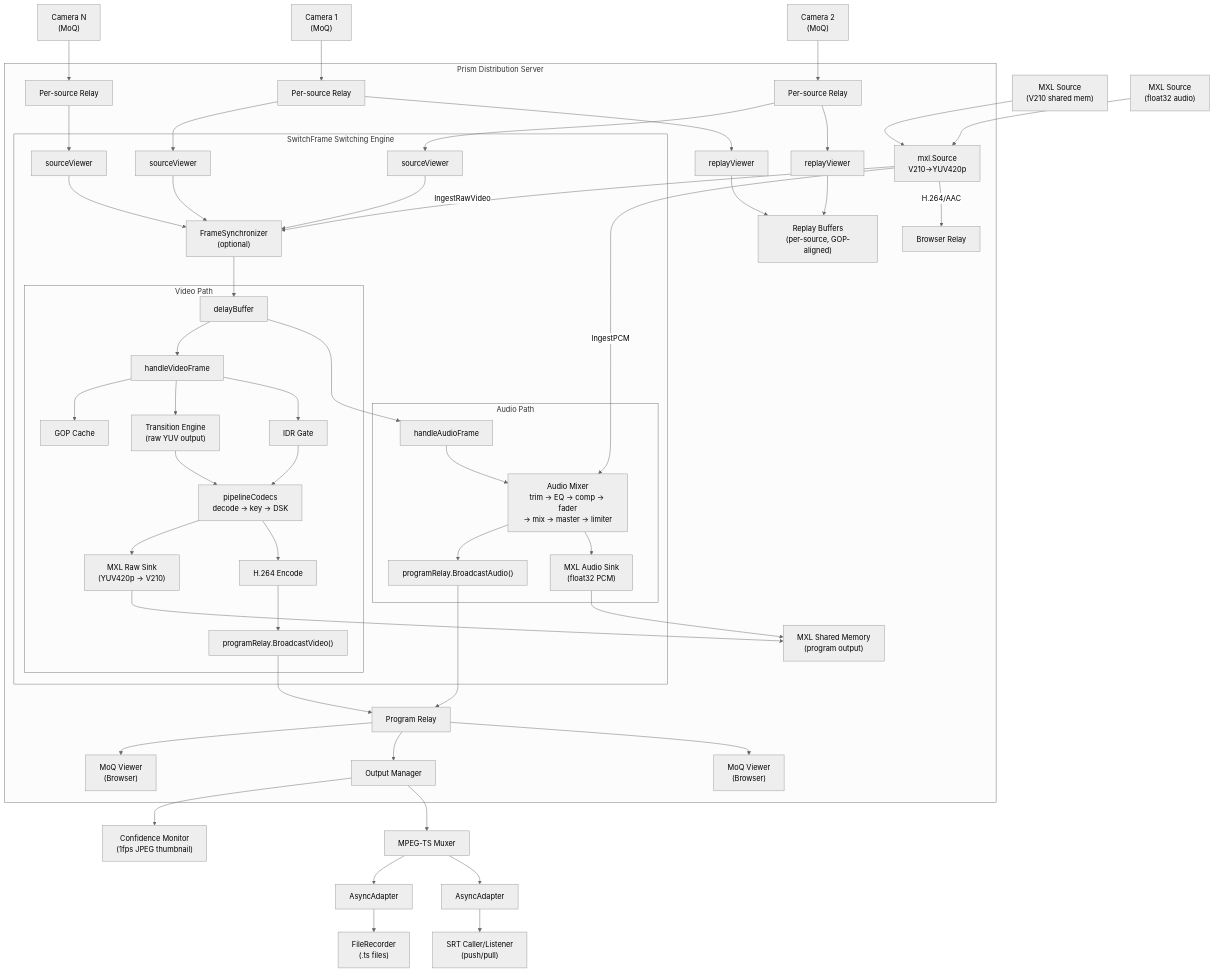
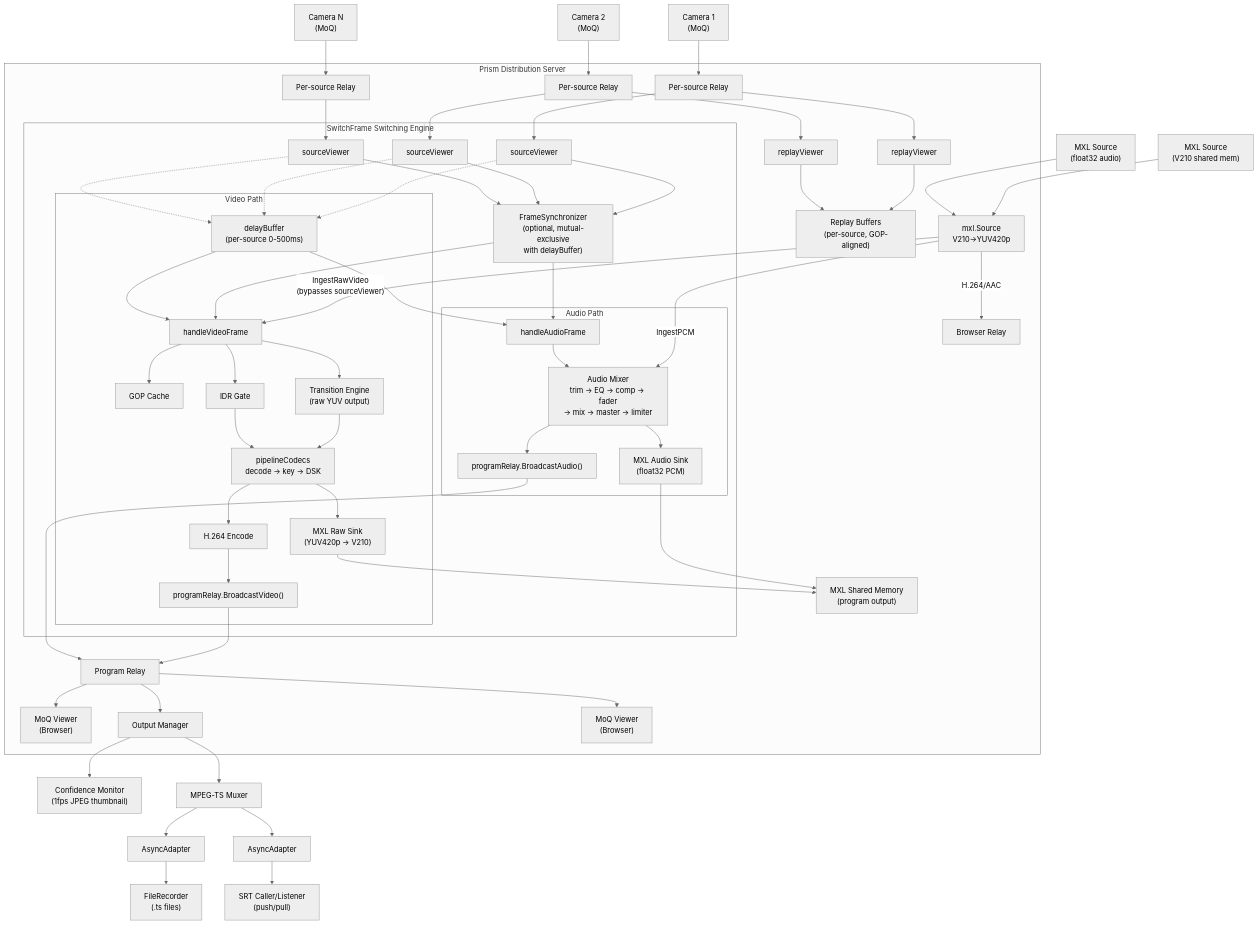
The first of 22 diagrams in docs/architecture.md (zsiec/switchframe), drawn with Mermaid (neutral theme) before and after one commit. The commit also changed other lines of this file and 1 other file, not shown here.

First line of the commit message:
Revise architecture diagrams and routing docs

````diff
--- a/docs/architecture.md
+++ b/docs/architecture.md
@@ -23,62 +23,66 @@
 ```mermaid
 graph TD
     cam1["Camera 1<br/>(MoQ)"] --> relay1["Per-source Relay"]
     cam2["Camera 2<br/>(MoQ)"] --> relay2["Per-source Relay"]
     camN["Camera N<br/>(MoQ)"] --> relayN["Per-source Relay"]
     mxl1["MXL Source<br/>(V210 shared mem)"] --> mxlSrc["mxl.Source<br/>V210→YUV420p"]
     mxl2["MXL Source<br/>(float32 audio)"] --> mxlSrc
 
     subgraph prism["Prism Distribution Server"]
-        mxlSrc -->|"IngestRawVideo"| fs
+        mxlSrc -->|"IngestRawVideo<br/>(bypasses sourceViewer)"| hvf
         mxlSrc -->|"IngestPCM"| am
         mxlSrc -->|"H.264/AAC"| mxlRelay["Browser Relay"]
         relay1 --> sv1["sourceViewer"]
         relay2 --> sv2["sourceViewer"]
         relayN --> svN["sourceViewer"]
         relay1 --> rv1["replayViewer"]
         relay2 --> rv2["replayViewer"]
         rv1 --> rb["Replay Buffers<br/>(per-source, GOP-aligned)"]
         rv2 --> rb
 
         subgraph engine["SwitchFrame Switching Engine"]
-            sv1 --> fs["FrameSynchronizer<br/>(optional)"]
+            sv1 --> fs["FrameSynchronizer<br/>(optional, mutual-exclusive<br/>with delayBuffer)"]
             sv2 --> fs
             svN --> fs
-            fs --> delay["delayBuffer"]
+            sv1 -.-> delay["delayBuffer<br/>(per-source 0-500ms)"]
+            sv2 -.-> delay
+            svN -.-> delay
+            fs --> hvf
+            fs --> haf
 
             subgraph video["Video Path"]
                 delay --> hvf["handleVideoFrame"]
                 hvf --> gc["GOP Cache"]
                 hvf --> te["Transition Engine<br/>(raw YUV output)"]
                 hvf --> idr["IDR Gate"]
                 te --> pipeline["pipelineCodecs<br/>decode → key → DSK"]
                 idr --> pipeline
                 pipeline --> mxlOut["MXL Raw Sink<br/>(YUV420p → V210)"]
                 pipeline --> enc["H.264 Encode"]
                 enc --> bv["programRelay.BroadcastVideo()"]
             end
 
             subgraph audio["Audio Path"]
                 delay --> haf["handleAudioFrame"]
                 haf --> am["Audio Mixer<br/>trim → EQ → comp → fader<br/>→ mix → master → limiter"]
                 am --> ba["programRelay.BroadcastAudio()"]
                 am --> mxlAudioOut["MXL Audio Sink<br/>(float32 PCM)"]
             end
         end
 
         bv --> pr["Program Relay"]
         ba --> pr
 
         mxlOut --> mxlShm["MXL Shared Memory<br/>(program output)"]
         mxlAudioOut --> mxlShm
 
         pr --> browser1["MoQ Viewer<br/>(Browser)"]
         pr --> om["Output Manager"]
         pr --> browser2["MoQ Viewer<br/>(Browser)"]
     end
 
     om --> conf["Confidence Monitor<br/>(1fps JPEG thumbnail)"]
     om --> mux["MPEG-TS Muxer"]
     mux --> aa1["AsyncAdapter"] --> rec["FileRecorder<br/>(.ts files)"]
     mux --> aa2["AsyncAdapter"] --> srt["SRT Caller/Listener<br/>(push/pull)"]
 ```
````
